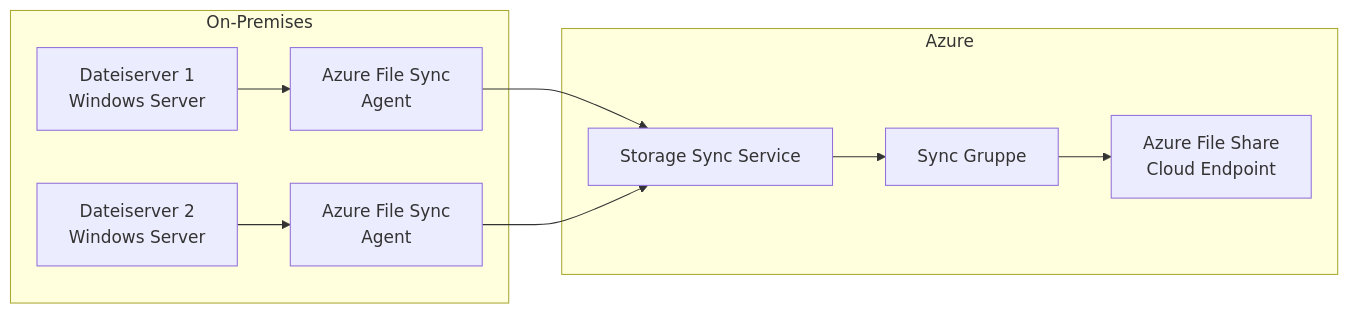
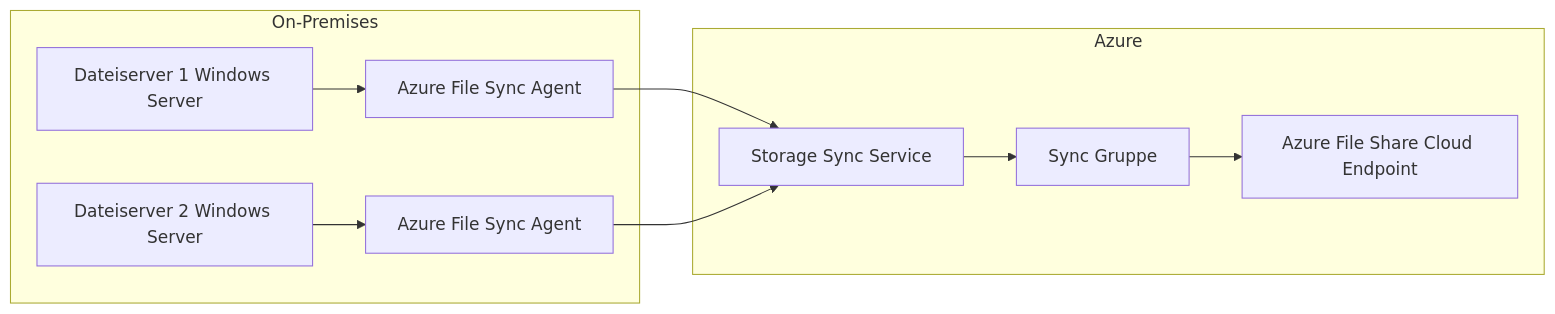
The diagram in Microsoft 365/Azure/Storage/Azure Files.md (SoniiiT/notes-n-docs), drawn with Mermaid before and after one commit. The commit also changed 124 other files, not shown here.

First line of the commit message:
fix: Entferne \n aus allen Mermaid-Diagrammen (125 Dateien)

````diff
--- a/Microsoft 365/Azure/Storage/Azure Files.md
+++ b/Microsoft 365/Azure/Storage/Azure Files.md
@@ -77,22 +77,22 @@
 ```mermaid
 graph LR
     subgraph OnPrem[On-Premises]
-        FS1[Dateiserver 1\nWindows Server]
-        FS2[Dateiserver 2\nWindows Server]
-        Agent1[Azure File Sync\nAgent]
-        Agent2[Azure File Sync\nAgent]
+        FS1[Dateiserver 1 Windows Server]
+        FS2[Dateiserver 2 Windows Server]
+        Agent1[Azure File Sync Agent]
+        Agent2[Azure File Sync Agent]
     end
 
     subgraph Azure[Azure]
         SS[Storage Sync Service]
         SG[Sync Gruppe]
-        AF[Azure File Share\nCloud Endpoint]
+        AF[Azure File Share Cloud Endpoint]
     end
 
     FS1 --> Agent1
     FS2 --> Agent2
     Agent1 --> SS
     Agent2 --> SS
     SS --> SG
     SG --> AF
 ```
````
